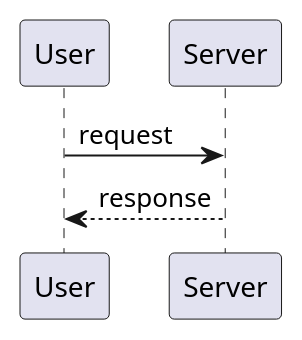
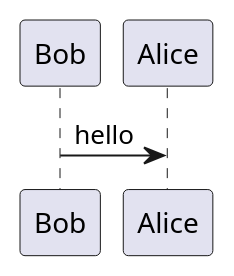
Before and after one commit to Luciagase/Gestor_Clientes: the diagram in diagrama.puml, drawn with PlantUML.

```diff
--- a/diagrama.puml
+++ b/diagrama.puml
@@ -1,5 +1,3 @@
-@startuml diagrama
-User -> Server: request
-Server --> User: response
-
+@startuml 5
+Bob -> Alice : hello
 @enduml
```
